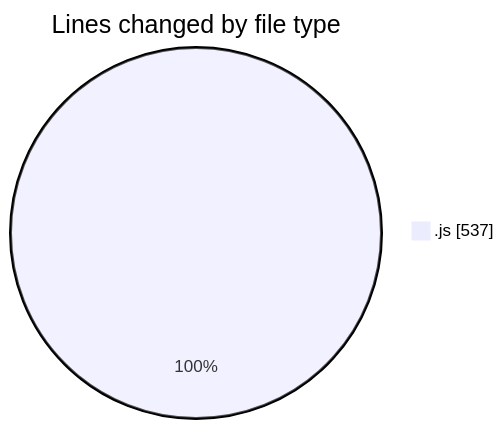
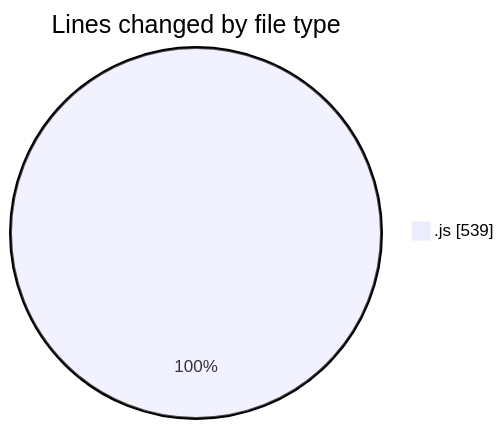
Before and after one commit to nxtqubesakshisongat/code-tracking: the first of 2 diagrams in 2025-04-16/nxtqube_webapp/README.md, drawn with Mermaid. The commit also changed other lines of this file and 1 other file, not shown here.

````diff
--- a/2025-04-16/nxtqube_webapp/README.md
+++ b/2025-04-16/nxtqube_webapp/README.md
@@ -21,5 +21,5 @@
 ```mermaid
 pie showData
 title Lines changed by file type
-".js" : 537
+".js" : 539
 ```
````
